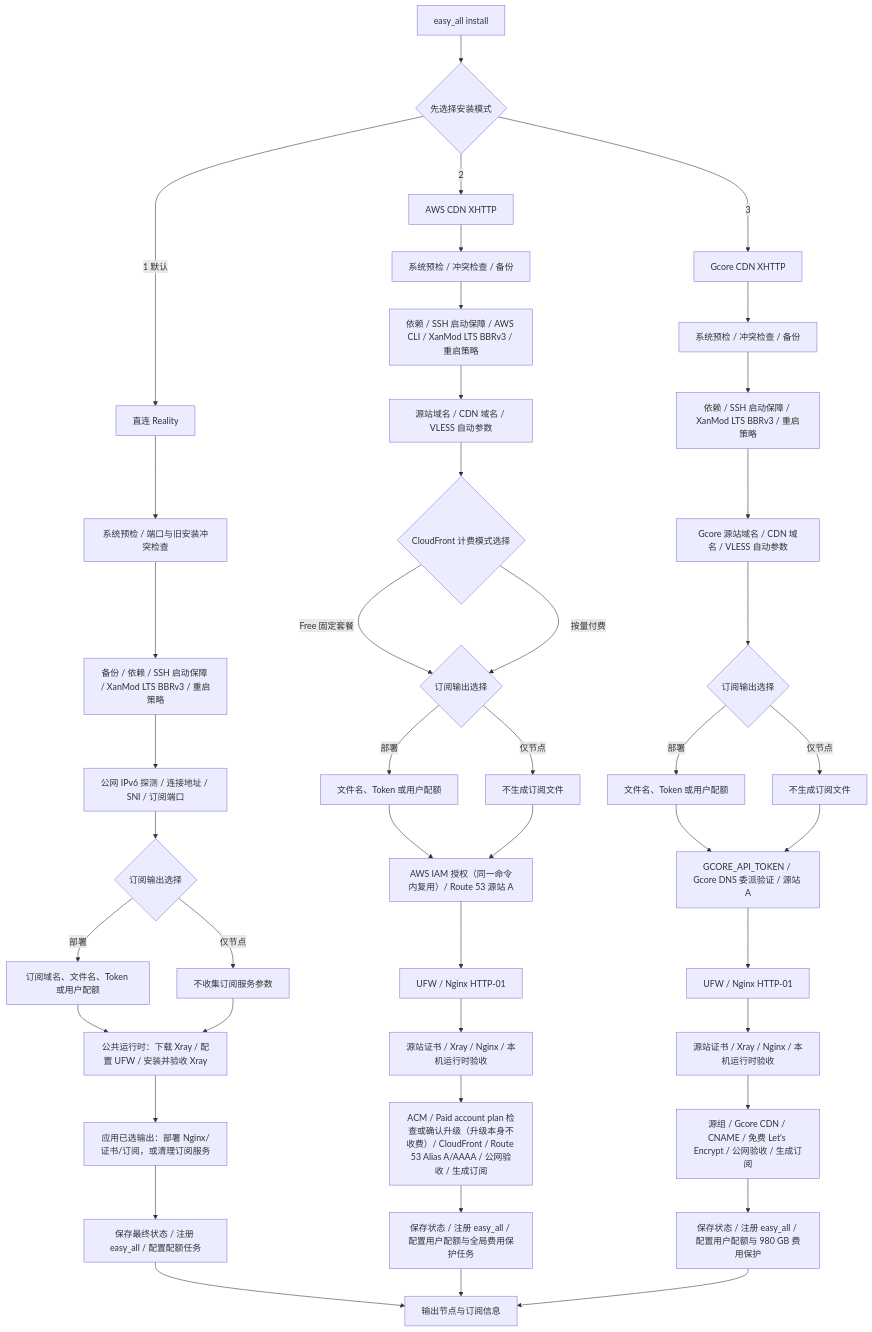
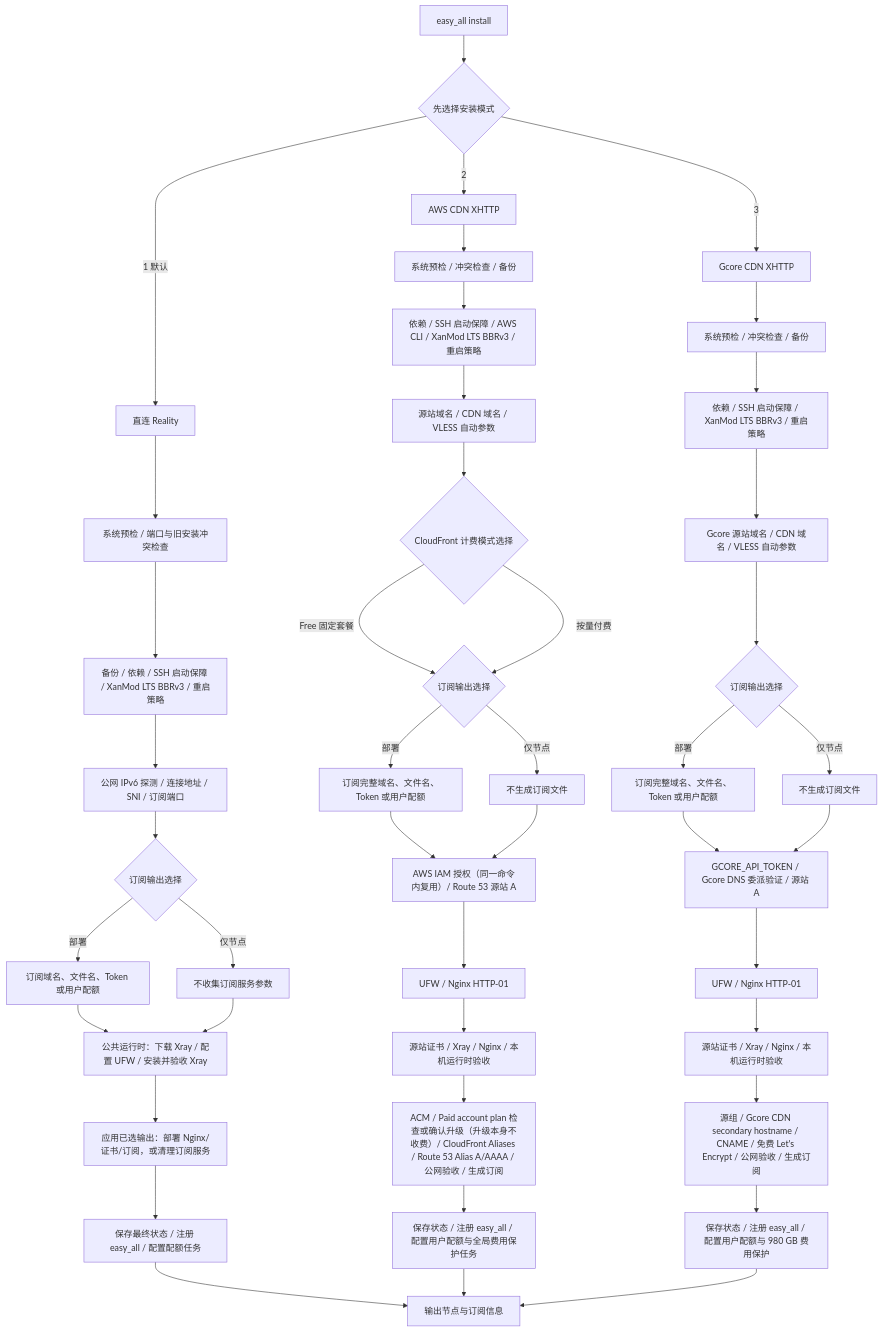
The diagram in README.md (v2yiz/easy_all), drawn with Mermaid before and after one commit. The commit also changed other lines of this file and 14 other files, not shown here.

````diff
--- a/README.md
+++ b/README.md
@@ -77,49 +77,49 @@
 ```mermaid
 flowchart TD
     A[easy_all install] --> B{先选择安装模式}
 
     B -->|1 默认| R0[直连 Reality]
     R0 --> R1[系统预检 / 端口与旧安装冲突检查]
     R1 --> R2[备份 / 依赖 / SSH 启动保障 / XanMod LTS BBRv3 / 重启策略]
     R2 --> R3[公网 IPv6 探测 / 连接地址 / SNI / 订阅端口]
     R3 --> R4{订阅输出选择}
     R4 -->|部署| R5[订阅域名、文件名、Token 或用户配额]
     R4 -->|仅节点| R6[不收集订阅服务参数]
     R5 --> R7[公共运行时：下载 Xray / 配置 UFW / 安装并验收 Xray]
     R6 --> R7
     R7 --> R8[应用已选输出：部署 Nginx/证书/订阅，或清理订阅服务]
     R8 --> R9[保存最终状态 / 注册 easy_all / 配置配额任务]
     R9 --> Z[输出节点与订阅信息]
 
     B -->|2| X0[AWS CDN XHTTP]
     X0 --> X1[系统预检 / 冲突检查 / 备份]
     X1 --> X2[依赖 / SSH 启动保障 / AWS CLI / XanMod LTS BBRv3 / 重启策略]
     X2 --> X3[源站域名 / CDN 域名 / VLESS 自动参数]
     X3 --> X3A{CloudFront 计费模式选择}
     X3A -->|Free 固定套餐| X4{订阅输出选择}
     X3A -->|按量付费| X4
-    X4 -->|部署| X5[文件名、Token 或用户配额]
+    X4 -->|部署| X5[订阅完整域名、文件名、Token 或用户配额]
     X4 -->|仅节点| X6[不生成订阅文件]
     X5 --> X7[AWS IAM 授权（同一命令内复用）/ Route 53 源站 A]
     X6 --> X7
     X7 --> X8[UFW / Nginx HTTP-01]
     X8 --> X9[源站证书 / Xray / Nginx / 本机运行时验收]
-    X9 --> X10[ACM / Paid account plan 检查或确认升级（升级本身不收费）/ CloudFront / Route 53 Alias A/AAAA / 公网验收 / 生成订阅]
+    X9 --> X10[ACM / Paid account plan 检查或确认升级（升级本身不收费）/ CloudFront Aliases / Route 53 Alias A/AAAA / 公网验收 / 生成订阅]
     X10 --> X11[保存状态 / 注册 easy_all / 配置用户配额与全局费用保护任务]
     X11 --> Z
 
     B -->|3| G0[Gcore CDN XHTTP]
     G0 --> G1[系统预检 / 冲突检查 / 备份]
     G1 --> G2[依赖 / SSH 启动保障 / XanMod LTS BBRv3 / 重启策略]
     G2 --> G3[Gcore 源站域名 / CDN 域名 / VLESS 自动参数]
     G3 --> G4{订阅输出选择}
-    G4 -->|部署| G5[文件名、Token 或用户配额]
+    G4 -->|部署| G5[订阅完整域名、文件名、Token 或用户配额]
     G4 -->|仅节点| G6[不生成订阅文件]
     G5 --> G7[GCORE_API_TOKEN / Gcore DNS 委派验证 / 源站 A]
     G6 --> G7
     G7 --> G8[UFW / Nginx HTTP-01]
     G8 --> G9[源站证书 / Xray / Nginx / 本机运行时验收]
-    G9 --> G10[源组 / Gcore CDN / CNAME / 免费 Let's Encrypt / 公网验收 / 生成订阅]
+    G9 --> G10[源组 / Gcore CDN secondary hostname / CNAME / 免费 Let's Encrypt / 公网验收 / 生成订阅]
     G10 --> G11[保存状态 / 注册 easy_all / 配置用户配额与 980 GB 费用保护]
     G11 --> Z
 ```
````
